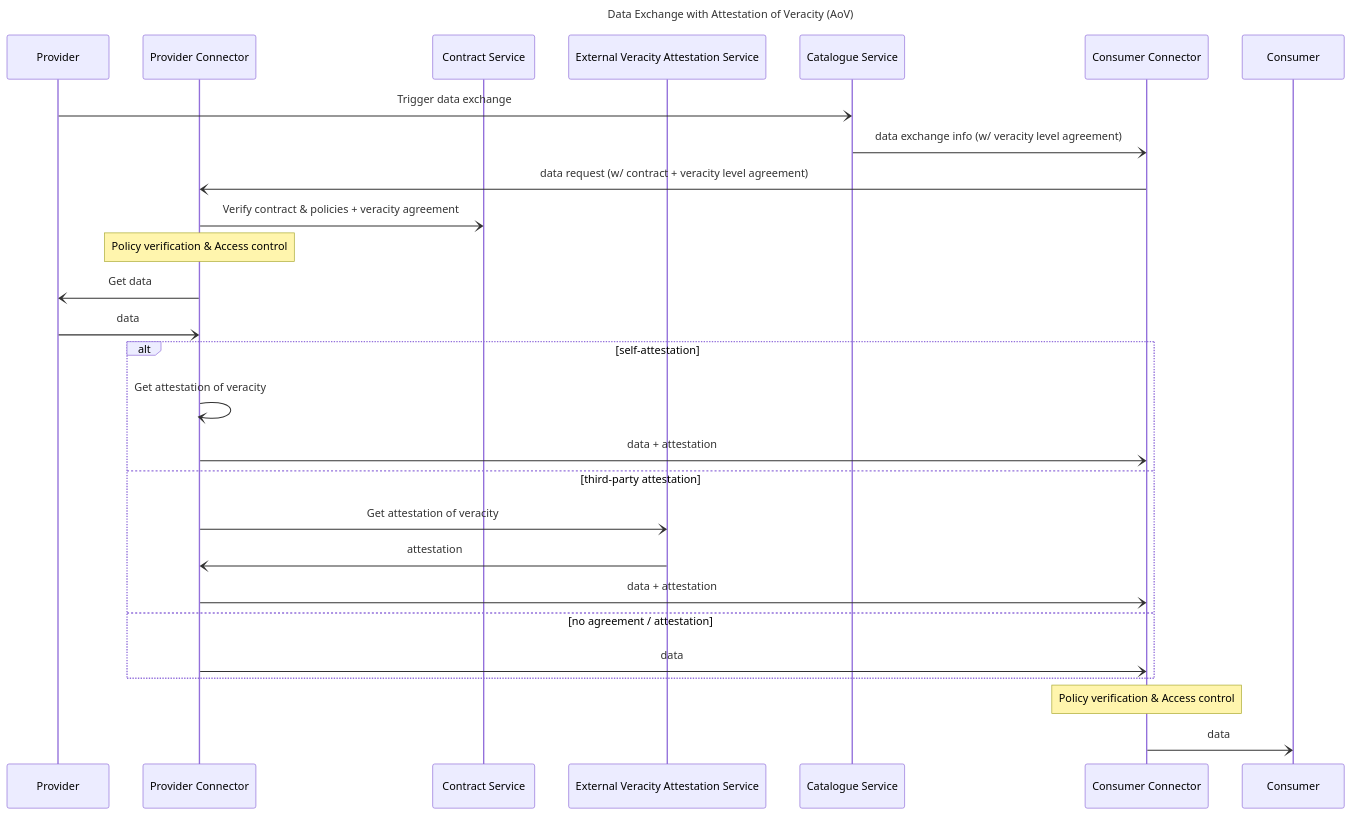
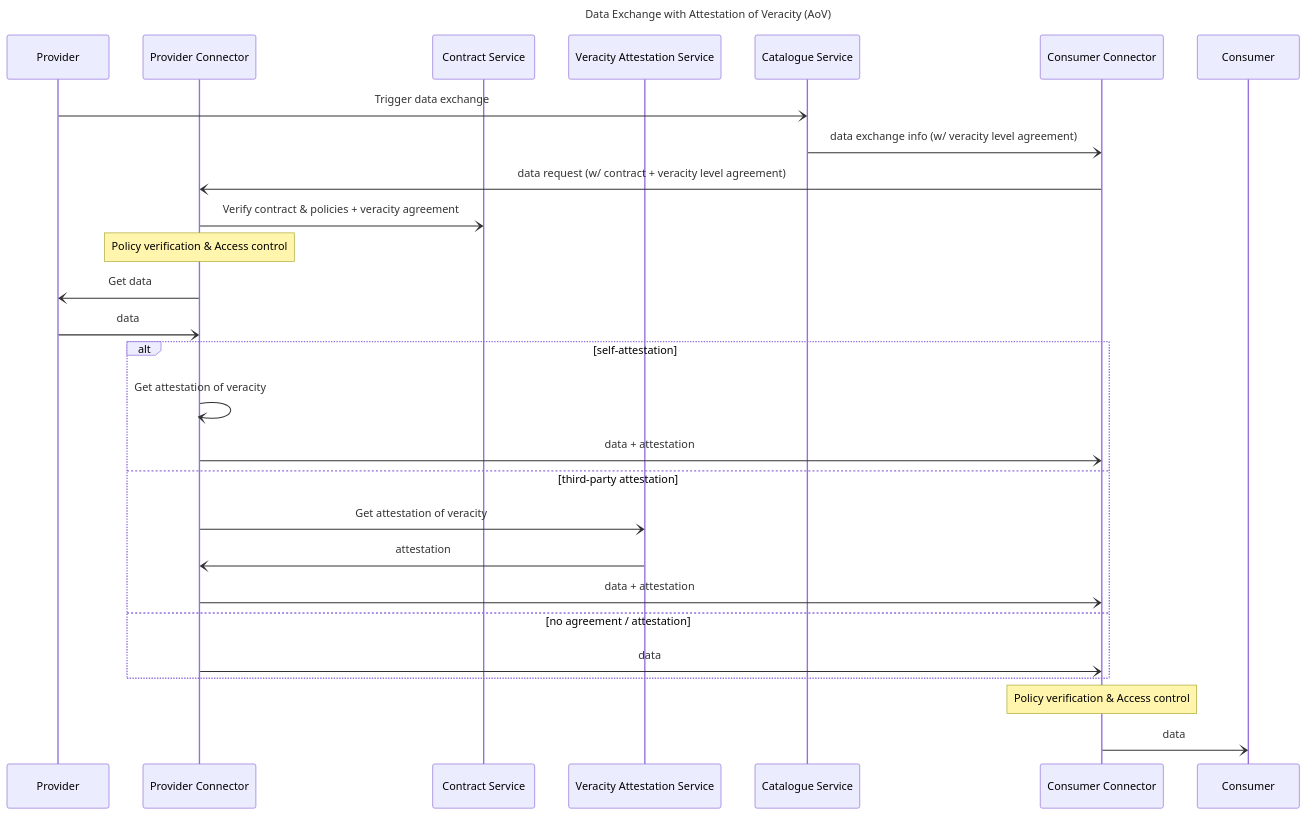
One commit to Prometheus-X-association/data-veracity changed the fifth of 6 diagrams in docs/design-document.md. Above: the diagram before and after it, drawn with Mermaid. The commit also changed other lines of this file, not shown here.

Commit message:
docs(dd): remove external adjectives from diags

````diff
--- a/docs/design-document.md
+++ b/docs/design-document.md
@@ -455,36 +455,36 @@
 ```mermaid
 ---
 title: Data Exchange with Attestation of Veracity (AoV)
 ---
 
 sequenceDiagram
     participant p as Provider
     participant pc as Provider Connector
     participant con as Contract Service
-    participant evs as External Veracity Attestation Service
+    participant evs as Veracity Attestation Service
     participant cat as Catalogue Service
     participant cc as Consumer Connector
     participant c as Consumer
 
     p -) cat: Trigger data exchange
     cat -) cc: data exchange info (w/ veracity level agreement)
     cc -) pc: data request (w/ contract + veracity level agreement)
     pc -) con: Verify contract & policies + veracity agreement
     Note over pc: Policy verification & Access control
     pc -) p: Get data
     p -) pc: data
 
     alt self-attestation
         pc -) pc: Get attestation of veracity
         pc -) cc: data + attestation
     else third-party attestation
         pc -) evs: Get attestation of veracity
         evs -) pc: attestation
         pc -) cc: data + attestation
     else no agreement / attestation
         pc -) cc: data
     end
 
     Note over cc: Policy verification & Access control
     cc -) c: data
 ```
````
